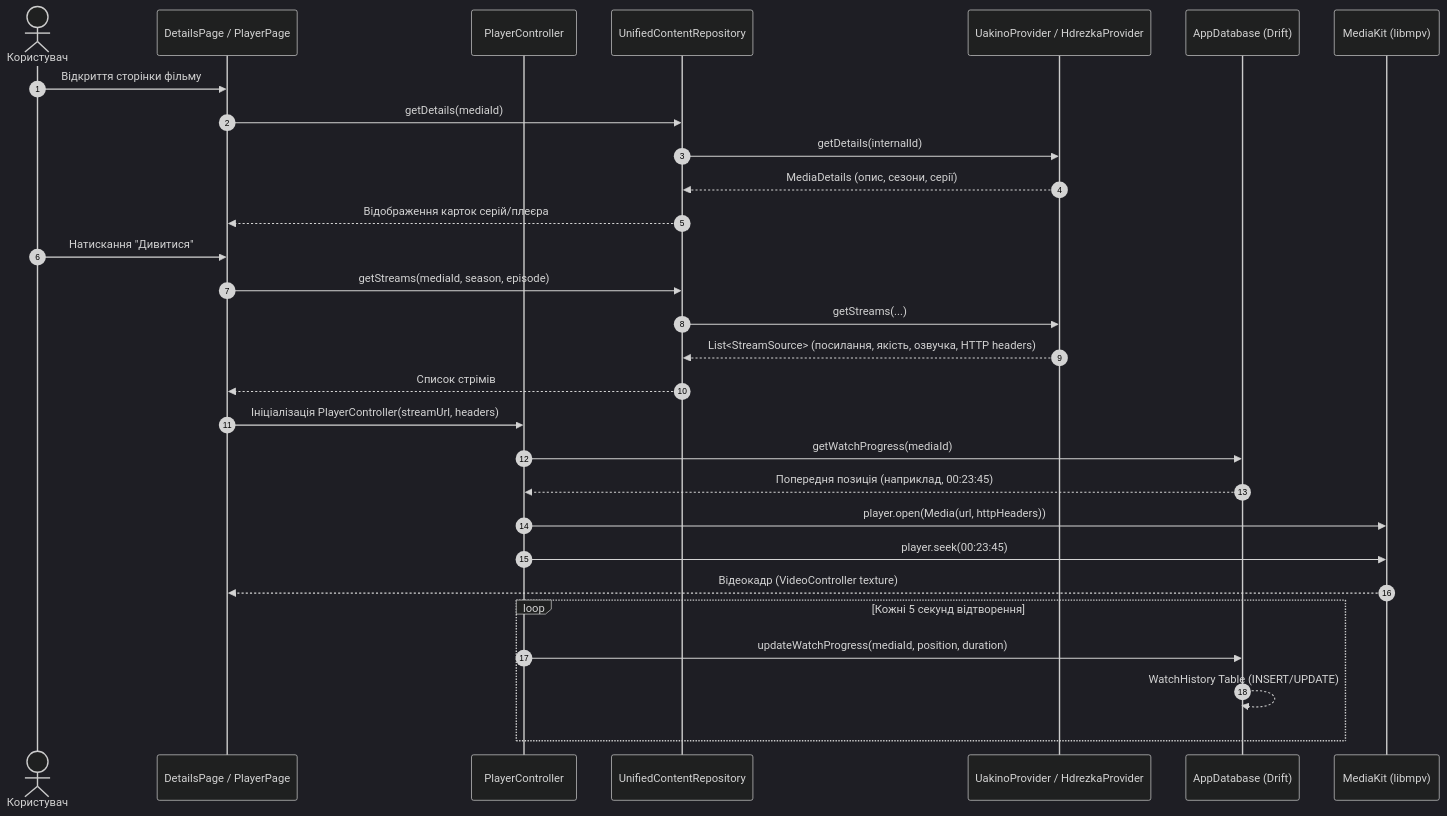
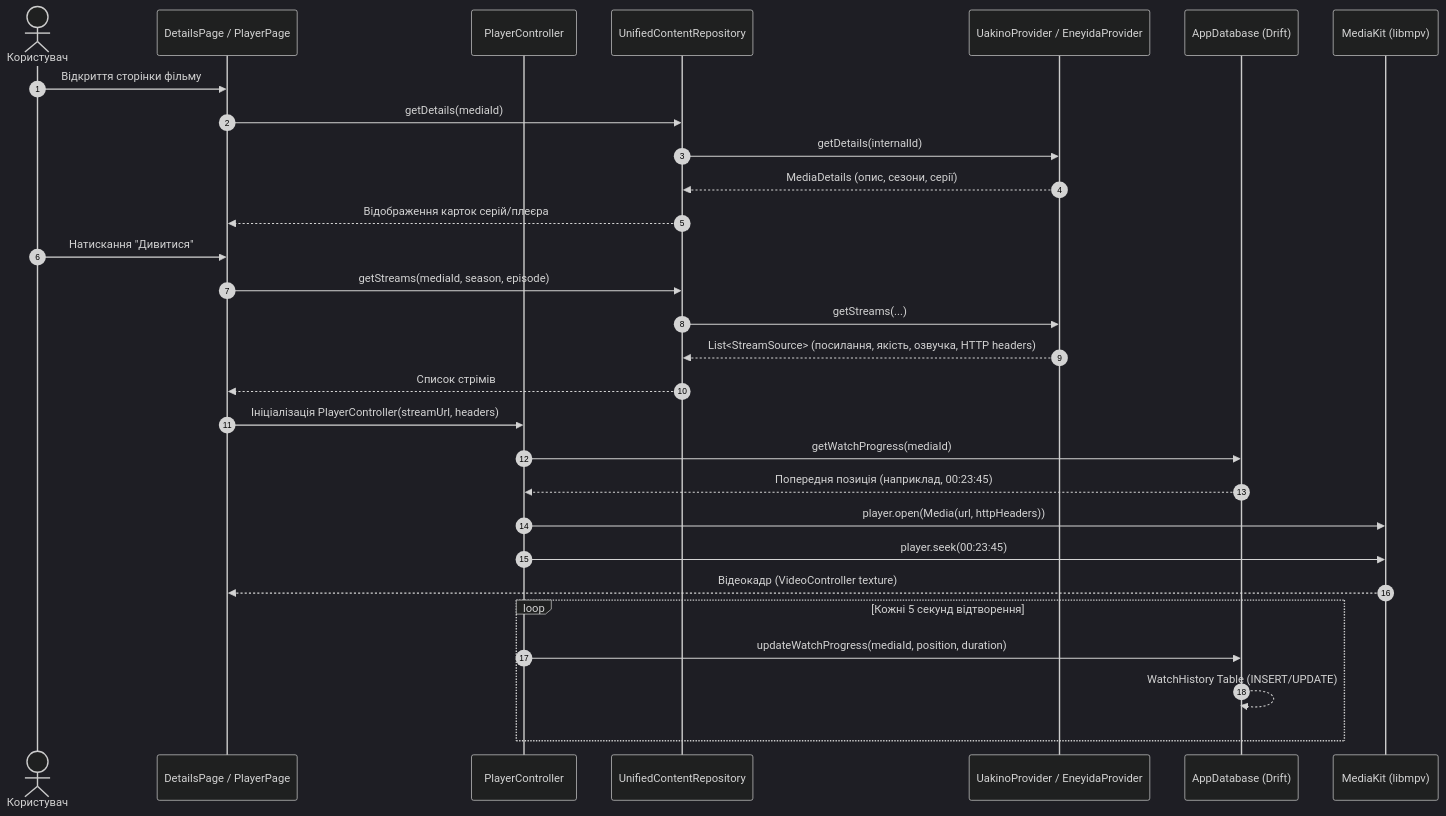
The fourth of 4 diagrams in docs/01_TECH_STACK_AND_ARCHITECTURE.md (edhases/kadrbox), drawn with Mermaid (dark theme) before and after one commit. The commit also changed other lines of this file and 72 other files, not shown here.

````diff
--- a/docs/01_TECH_STACK_AND_ARCHITECTURE.md
+++ b/docs/01_TECH_STACK_AND_ARCHITECTURE.md
@@ -266,36 +266,36 @@
 ```mermaid
 sequenceDiagram
     autonumber
     actor User as Користувач
     participant UI as DetailsPage / PlayerPage
     participant PC as PlayerController
     participant Repos as UnifiedContentRepository
-    participant Prov as UakinoProvider / HdrezkaProvider
+    participant Prov as UakinoProvider / EneyidaProvider
     participant DB as AppDatabase (Drift)
     participant Engine as MediaKit (libmpv)
 
     User->>UI: Відкриття сторінки фільму
     UI->>Repos: getDetails(mediaId)
     Repos->>Prov: getDetails(internalId)
     Prov-->>Repos: MediaDetails (опис, сезони, серії)
     Repos-->>UI: Відображення карток серій/плеєра
 
     User->>UI: Натискання "Дивитися"
     UI->>Repos: getStreams(mediaId, season, episode)
     Repos->>Prov: getStreams(...)
     Prov-->>Repos: List<StreamSource> (посилання, якість, озвучка, HTTP headers)
     Repos-->>UI: Список стрімів
 
     UI->>PC: Ініціалізація PlayerController(streamUrl, headers)
     PC->>DB: getWatchProgress(mediaId)
     DB-->>PC: Попередня позиція (наприклад, 00:23:45)
     
     PC->>Engine: player.open(Media(url, httpHeaders))
     PC->>Engine: player.seek(00:23:45)
     Engine-->>UI: Відеокадр (VideoController texture)
     
     loop Кожні 5 секунд відтворення
         PC->>DB: updateWatchProgress(mediaId, position, duration)
         DB-->>DB: WatchHistory Table (INSERT/UPDATE)
     end
 ```
````
